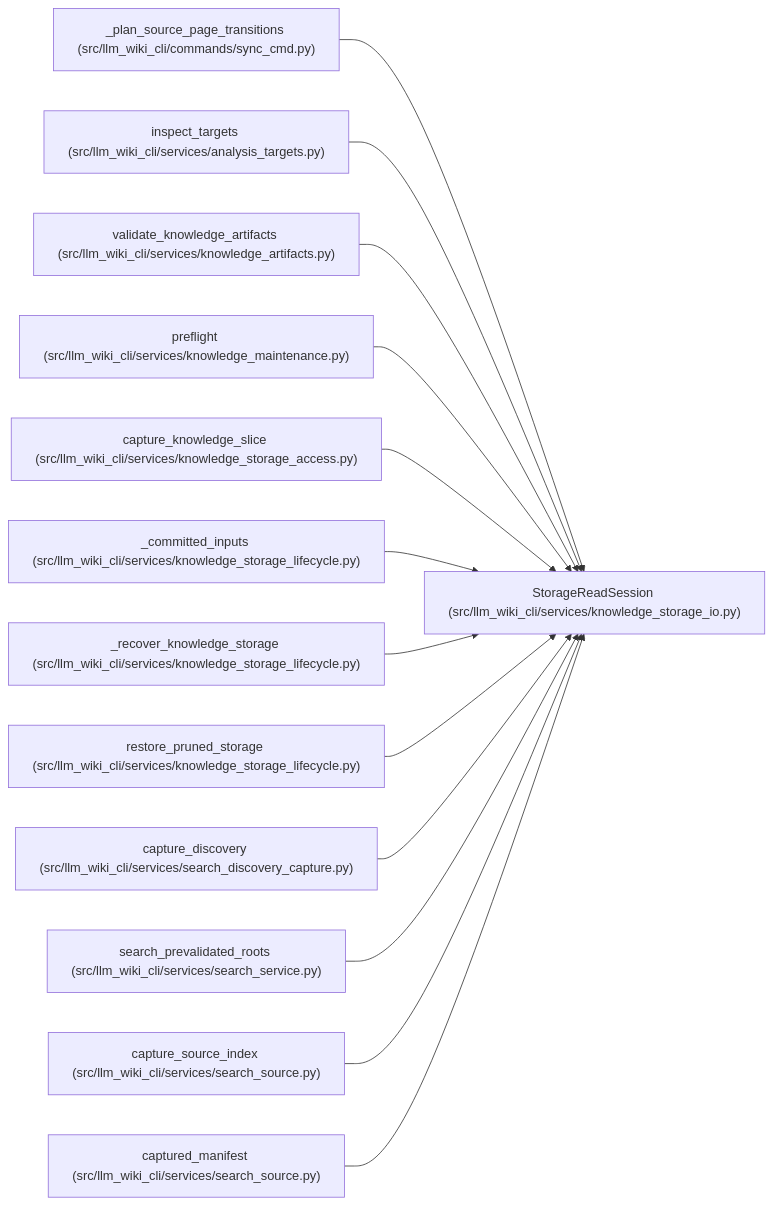
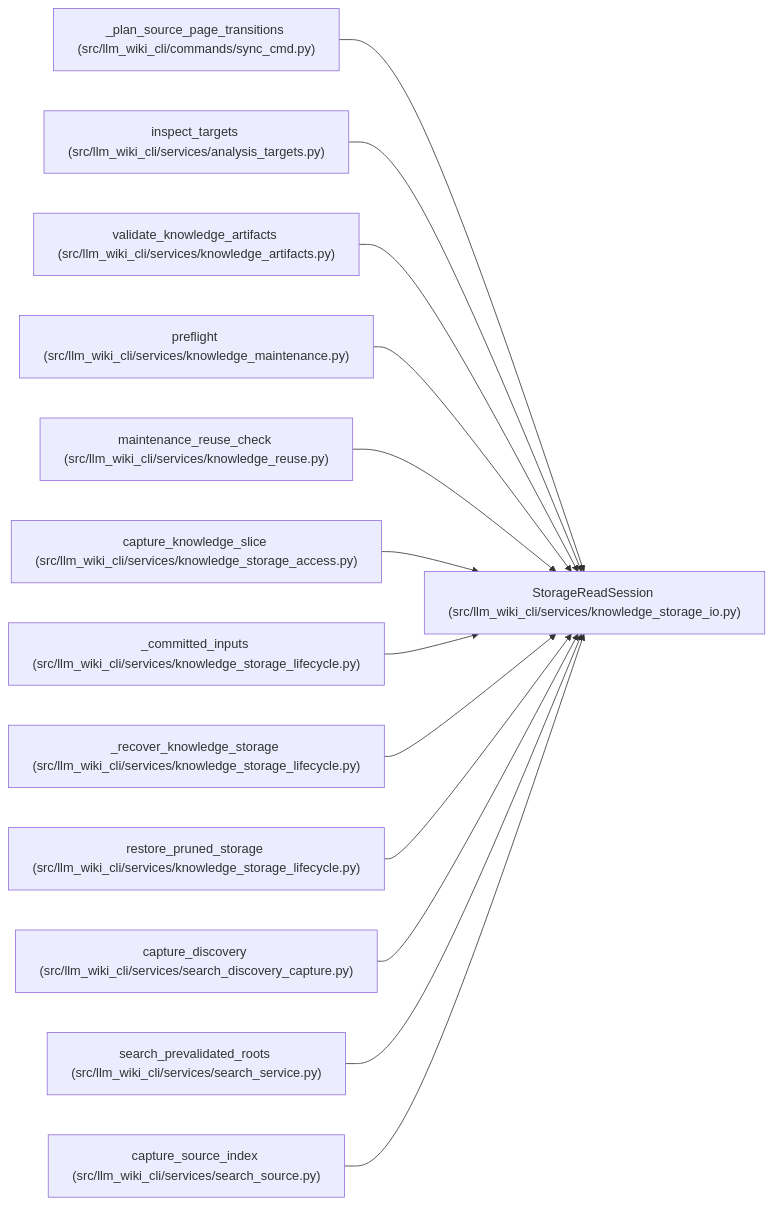
One commit to Denissvgn/python-wiki-llm changed the diagram in docs/llm_wiki/entities/StorageReadSession.md. Above: the diagram before and after it, drawn with Mermaid. The commit also changed other lines of this file and 627 other files, not shown here.

````diff
--- a/docs/llm_wiki/entities/StorageReadSession.md
+++ b/docs/llm_wiki/entities/StorageReadSession.md
@@ -34,41 +34,41 @@
 ```mermaid
 flowchart LR
     n0["StorageReadSession (src/llm_wiki_cli/services/knowledge_storage_io.py)"]
     n1["_plan_source_page_transitions (src/llm_wiki_cli/commands/sync_cmd.py)"]
     n2["inspect_targets (src/llm_wiki_cli/services/analysis_targets.py)"]
     n3["validate_knowledge_artifacts (src/llm_wiki_cli/services/knowledge_artifacts.py)"]
     n4["preflight (src/llm_wiki_cli/services/knowledge_maintenance.py)"]
-    n5["capture_knowledge_slice (src/llm_wiki_cli/services/knowledge_storage_access.py)"]
-    n6["_committed_inputs (src/llm_wiki_cli/services/knowledge_storage_lifecycle.py)"]
-    n7["_recover_knowledge_storage (src/llm_wiki_cli/services/knowledge_storage_lifecycle.py)"]
-    n8["restore_pruned_storage (src/llm_wiki_cli/services/knowledge_storage_lifecycle.py)"]
-    n9["capture_discovery (src/llm_wiki_cli/services/search_discovery_capture.py)"]
-    n10["search_prevalidated_roots (src/llm_wiki_cli/services/search_service.py)"]
-    n11["capture_source_index (src/llm_wiki_cli/services/search_source.py)"]
-    n12["captured_manifest (src/llm_wiki_cli/services/search_source.py)"]
+    n5["maintenance_reuse_check (src/llm_wiki_cli/services/knowledge_reuse.py)"]
+    n6["capture_knowledge_slice (src/llm_wiki_cli/services/knowledge_storage_access.py)"]
+    n7["_committed_inputs (src/llm_wiki_cli/services/knowledge_storage_lifecycle.py)"]
+    n8["_recover_knowledge_storage (src/llm_wiki_cli/services/knowledge_storage_lifecycle.py)"]
+    n9["restore_pruned_storage (src/llm_wiki_cli/services/knowledge_storage_lifecycle.py)"]
+    n10["capture_discovery (src/llm_wiki_cli/services/search_discovery_capture.py)"]
+    n11["search_prevalidated_roots (src/llm_wiki_cli/services/search_service.py)"]
+    n12["capture_source_index (src/llm_wiki_cli/services/search_source.py)"]
     n1 --> n0
     n2 --> n0
     n3 --> n0
     n4 --> n0
     n5 --> n0
     n6 --> n0
     n7 --> n0
     n8 --> n0
     n9 --> n0
     n10 --> n0
     n11 --> n0
     n12 --> n0
     click n0 "../modules/knowledge_storage_io.md"
     click n1 "../modules/sync_cmd.md"
     click n2 "../modules/analysis_targets.md"
     click n3 "../modules/knowledge_artifacts.md"
     click n4 "../modules/knowledge_maintenance.md"
-    click n5 "../modules/knowledge_storage_access.md"
-    click n6 "../modules/knowledge_storage_lifecycle.md"
+    click n5 "../modules/knowledge_reuse.md"
+    click n6 "../modules/knowledge_storage_access.md"
     click n7 "../modules/knowledge_storage_lifecycle.md"
     click n8 "../modules/knowledge_storage_lifecycle.md"
-    click n9 "../modules/search_discovery_capture.md"
-    click n10 "../modules/search_service.md"
-    click n11 "../modules/search_source.md"
+    click n9 "../modules/knowledge_storage_lifecycle.md"
+    click n10 "../modules/search_discovery_capture.md"
+    click n11 "../modules/search_service.md"
     click n12 "../modules/search_source.md"
 ```
````
